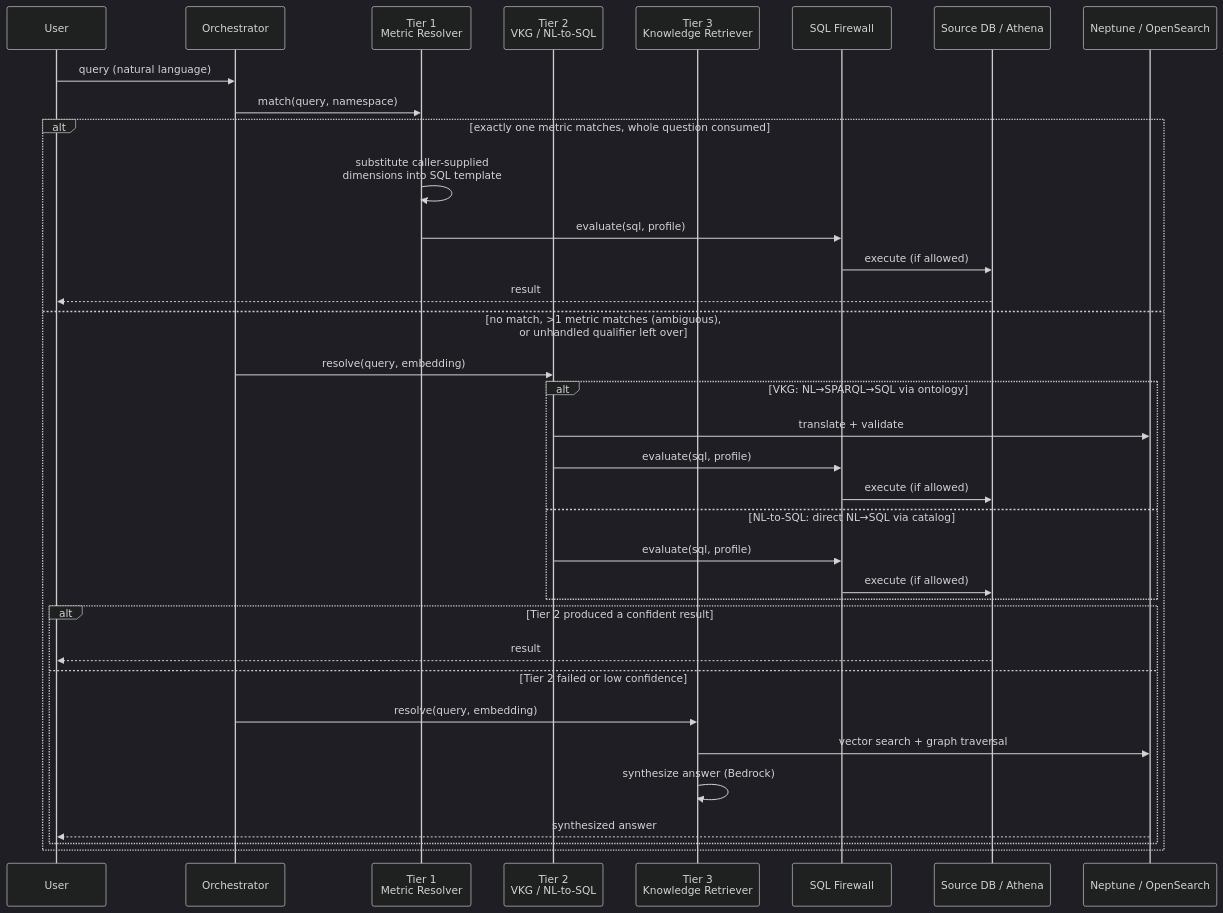
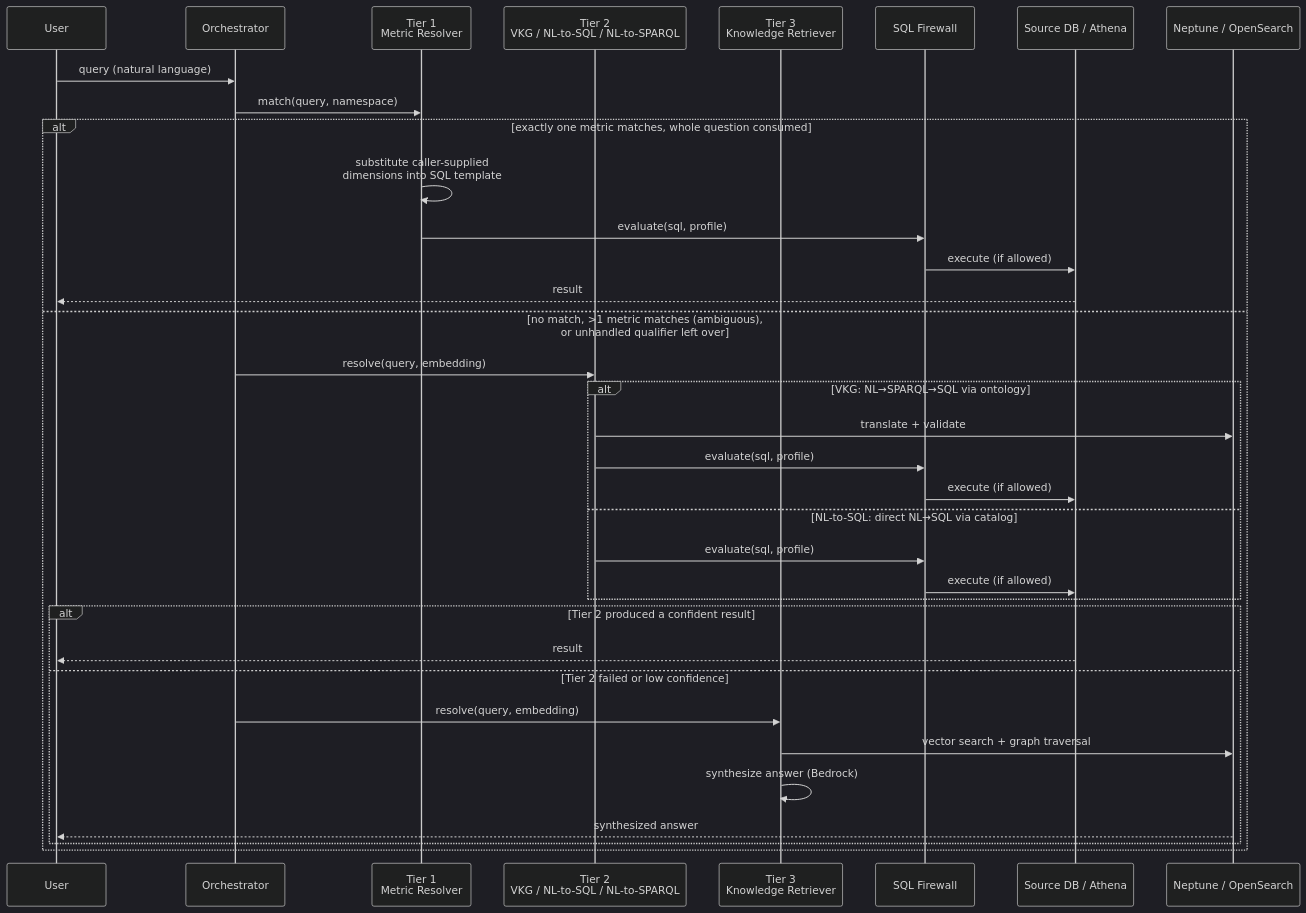
Before and after one commit to aws/context-ontology-accelerator: the diagram in external-docs/content/serve.md, drawn with Mermaid (dark theme). The commit also changed other lines of this file and 424 other files, not shown here.

````diff
--- a/external-docs/content/serve.md
+++ b/external-docs/content/serve.md
@@ -227,38 +423,38 @@
 ```mermaid
 sequenceDiagram
     participant User
     participant Orch as Orchestrator
     participant T1 as Tier 1<br/>Metric Resolver
-    participant T2 as Tier 2<br/>VKG / NL-to-SQL
+    participant T2 as Tier 2<br/>VKG / NL-to-SQL / NL-to-SPARQL
     participant T3 as Tier 3<br/>Knowledge Retriever
     participant FW as SQL Firewall
     participant DB as Source DB / Athena
     participant KG as Neptune / OpenSearch
 
     User->>Orch: query (natural language)
     Orch->>T1: match(query, namespace)
     alt exactly one metric matches, whole question consumed
         T1->>T1: substitute caller-supplied<br/>dimensions into SQL template
         T1->>FW: evaluate(sql, profile)
         FW->>DB: execute (if allowed)
         DB-->>User: result
     else no match, >1 metric matches (ambiguous),<br/>or unhandled qualifier left over
         Orch->>T2: resolve(query, embedding)
         alt VKG: NL→SPARQL→SQL via ontology
             T2->>KG: translate + validate
             T2->>FW: evaluate(sql, profile)
             FW->>DB: execute (if allowed)
         else NL-to-SQL: direct NL→SQL via catalog
             T2->>FW: evaluate(sql, profile)
             FW->>DB: execute (if allowed)
         end
         alt Tier 2 produced a confident result
             DB-->>User: result
         else Tier 2 failed or low confidence
             Orch->>T3: resolve(query, embedding)
             T3->>KG: vector search + graph traversal
             T3->>T3: synthesize answer (Bedrock)
             KG-->>User: synthesized answer
         end
     end
 ```
````
